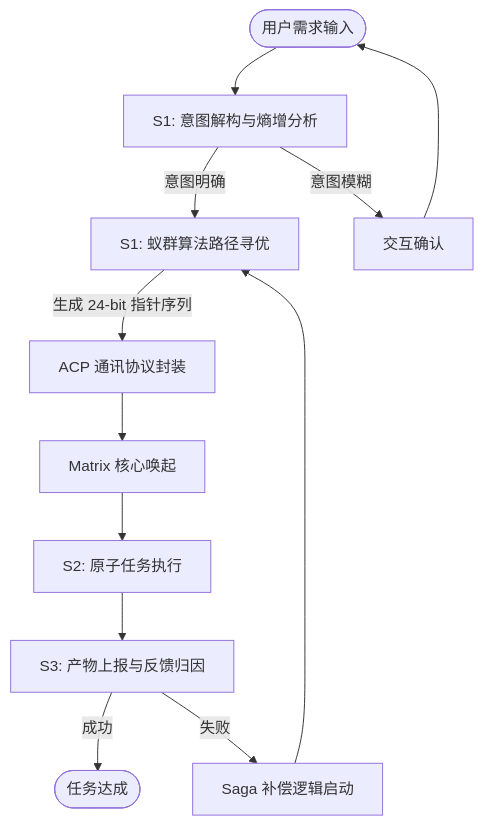
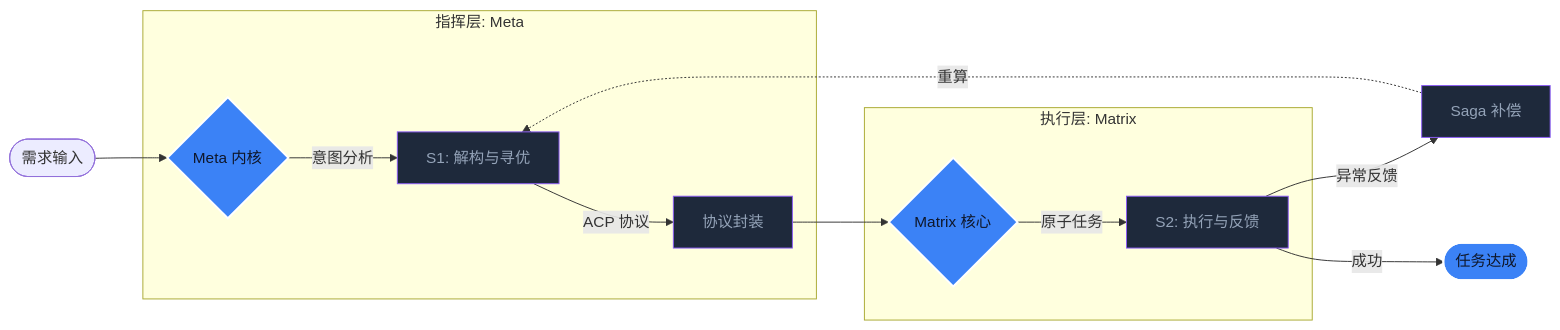
Before and after one commit to QQDDTT/Dark-Lattice: the diagram in content/posts/aura-project/aura-meta-matrix-dual-core/index.md, drawn with Mermaid. The commit also changed 29 other files, not shown here.

Commit message:
feat: add Mermaid diagram rendering and featured image support to blog cards with updated UI styles

````diff
--- a/content/posts/aura-project/aura-meta-matrix-dual-core/index.md
+++ b/content/posts/aura-project/aura-meta-matrix-dual-core/index.md
@@ -28,14 +28,27 @@
 ```mermaid
-graph TD
-    User([用户需求输入]) --> S0[S1: 意图解构与熵增分析]
-    S0 -->|意图明确| S1[S1: 蚁群算法路径寻优]
-    S0 -->|意图模糊| Ask[交互确认]
-    Ask --> User
-    S1 -->|生成 24-bit 指针序列| ACP[ACP 通讯协议封装]
-    ACP --> Matrix[Matrix 核心唤起]
-    Matrix --> S2[S2: 原子任务执行]
-    S2 --> S3[S3: 产物上报与反馈归因]
-    S3 -->|成功| Done([任务达成])
-    S3 -->|失败| Saga[Saga 补偿逻辑启动]
-    Saga --> S1
+graph LR
+    %% 样式定义
+    classDef core fill:#0F172A,stroke:#3B82F6,stroke-width:2px,color:#fff;
+    classDef logic fill:#1E293B,stroke:#8B5CF6,stroke-width:1px,color:#94A3B8;
+    classDef action fill:#3B82F6,stroke:#fff,stroke-width:2px,color:#0F172A;
+
+    User([需求输入]) --> Meta{Meta 内核}
+    
+    subgraph Planning [指挥层: Meta]
+        Meta -- 意图分析 --> S0[S1: 解构与寻优]
+        S0 -- ACP 协议 --> ACP[协议封装]
+    end
+
+    ACP --> Matrix{Matrix 核心}
+
+    subgraph Execution [执行层: Matrix]
+        Matrix -- 原子任务 --> S2[S2: 执行与反馈]
+    end
+
+    S2 -- 异常反馈 --> Saga[Saga 补偿]
+    Saga -. 重算 .-> S0
+    S2 -- 成功 --> Done([任务达成])
+
+    class Meta,Matrix,Done action;
+    class S0,ACP,S2,Saga logic;
 ```
````
